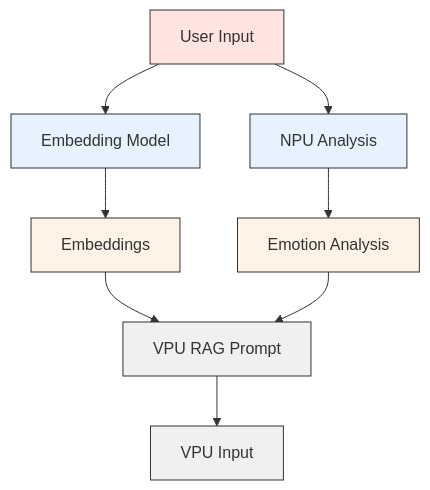
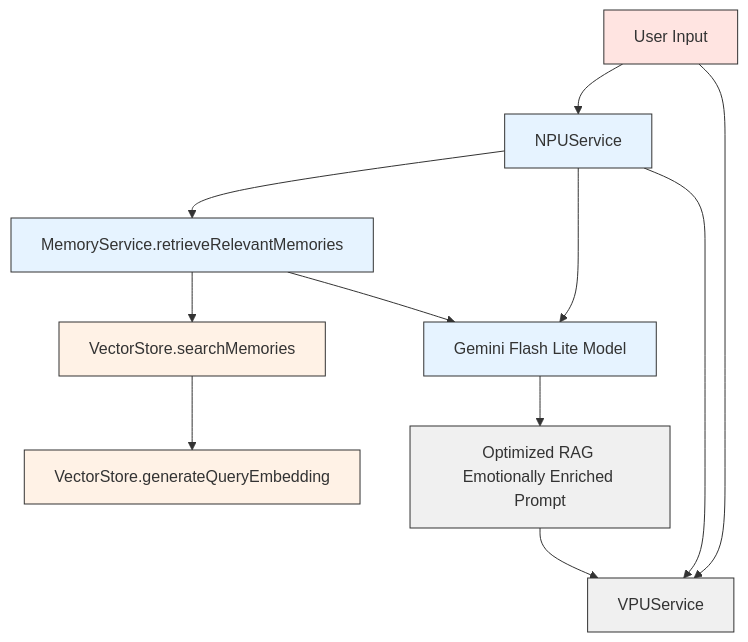
One commit to gemini-chan/gemini-chan.github.io changed the diagram in docs/README.md. Above: the diagram before and after it, drawn with Mermaid. The commit also changed other lines of this file, not shown here.

Commit message:
Update NPU processing flow documentation to reflect correct model usage

````diff
--- a/docs/README.md
+++ b/docs/README.md
@@ -86,18 +86,22 @@
 ```mermaid
 graph TD
-    A[User Input] --> B[Embedding Model]
-    A --> C[NPU Analysis]
-    B --> D[Embeddings]
-    C --> E[Emotion Analysis]
-    D --> F[VPU RAG Prompt]
-    E --> F
-    F --> G[VPU Input]
+    A[User Input] --> B[NPUService]
+    B --> C[MemoryService.retrieveRelevantMemories]
+    C --> D[VectorStore.searchMemories]
+    D --> E[VectorStore.generateQueryEmbedding]
+    B --> F[Gemini Flash Lite Model]
+    C --> F
+    F --> G[Optimized RAG Emotionally Enriched Prompt]
+    B --> H[VPUService]
+    G --> H
+    A --> H
     
     style A fill:#ffe4e1,stroke:#333
     style B fill:#e6f3ff,stroke:#333
     style C fill:#e6f3ff,stroke:#333
     style D fill:#fff2e6,stroke:#333
     style E fill:#fff2e6,stroke:#333
-    style F fill:#f0f0f0,stroke:#333
+    style F fill:#e6f3ff,stroke:#333
     style G fill:#f0f0f0,stroke:#333
+    style H fill:#f0f0f0,stroke:#333
 ```
````
